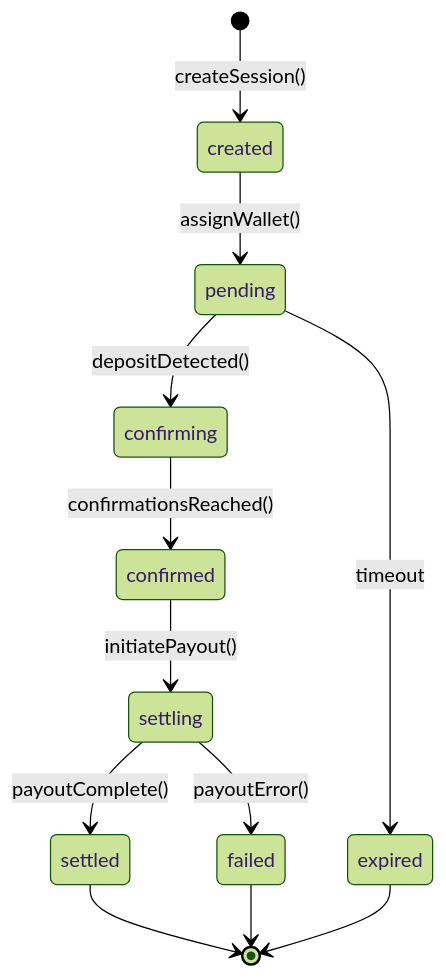
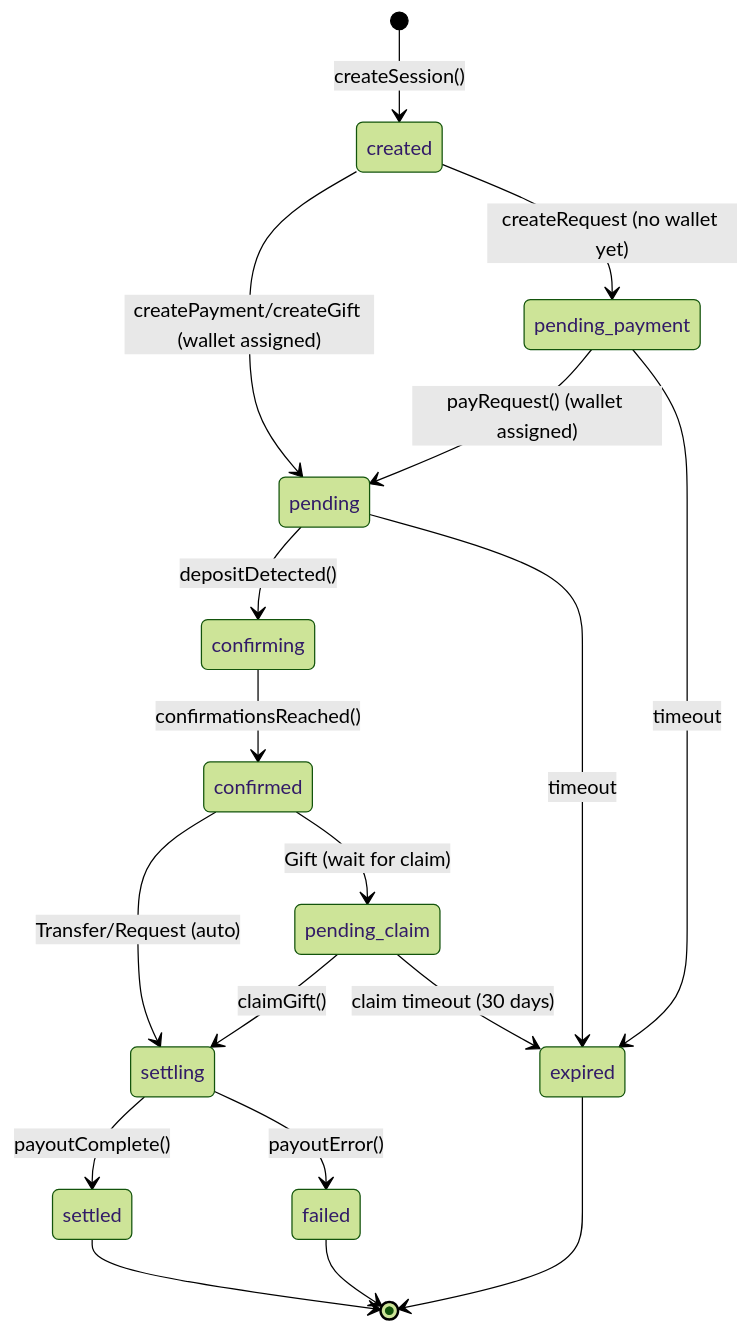
One commit to SIRFITECH/chat.2settle changed the fourth of 5 diagrams in src/services/payment-engine/docs/ARCHITECTURE.md. Above: the diagram before and after it, drawn with Mermaid (forest theme). The commit also changed other lines of this file and 3 other files, not shown here.

Commit message:
fix: included the gift and request into the 2settle payment engine

````diff
--- a/src/services/payment-engine/docs/ARCHITECTURE.md
+++ b/src/services/payment-engine/docs/ARCHITECTURE.md
@@ -587,14 +1000,28 @@
 ```mermaid
 stateDiagram-v2
     [*] --> created: createSession()
-    created --> pending: assignWallet()
+
+    created --> pending: createPayment/createGift (wallet assigned)
+    created --> pending_payment: createRequest (no wallet yet)
+
+    pending_payment --> pending: payRequest() (wallet assigned)
+    pending_payment --> expired: timeout
+
     pending --> confirming: depositDetected()
     pending --> expired: timeout
+
     confirming --> confirmed: confirmationsReached()
-    confirmed --> settling: initiatePayout()
+
+    confirmed --> settling: Transfer/Request (auto)
+    confirmed --> pending_claim: Gift (wait for claim)
+
+    pending_claim --> settling: claimGift()
+    pending_claim --> expired: claim timeout (30 days)
+
     settling --> settled: payoutComplete()
     settling --> failed: payoutError()
+
     settled --> [*]
     expired --> [*]
     failed --> [*]
 ```
````
